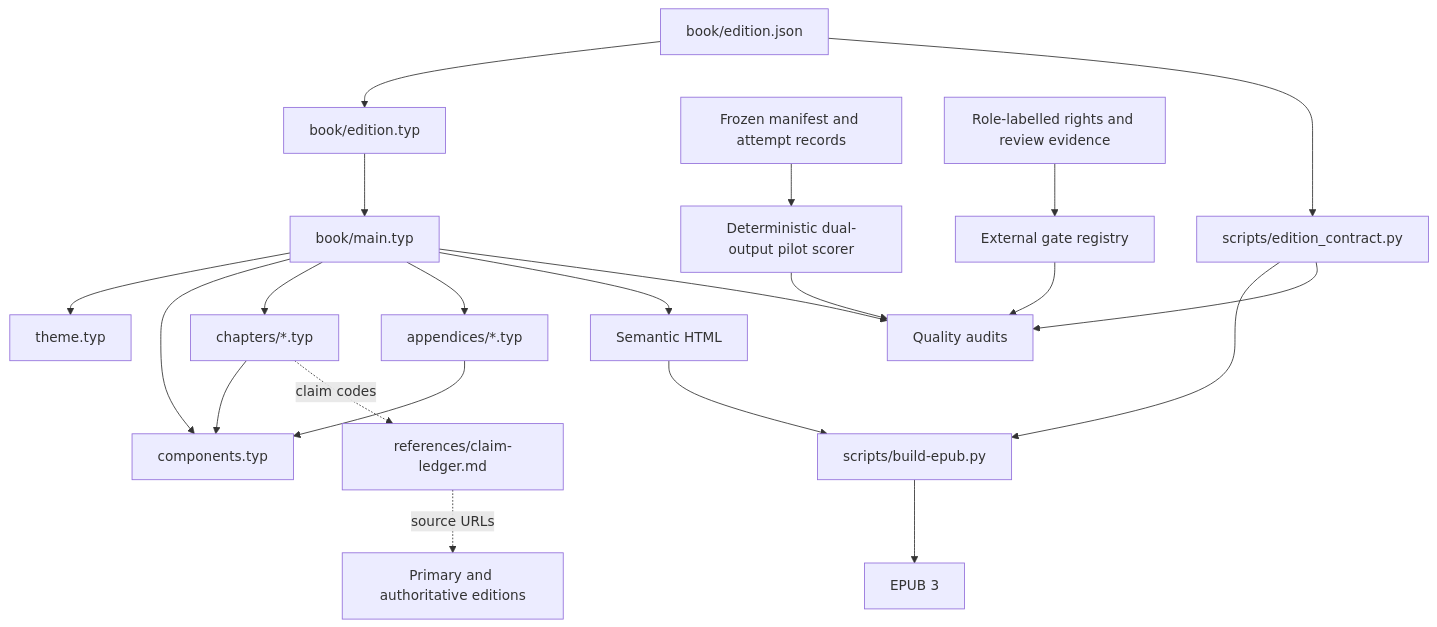
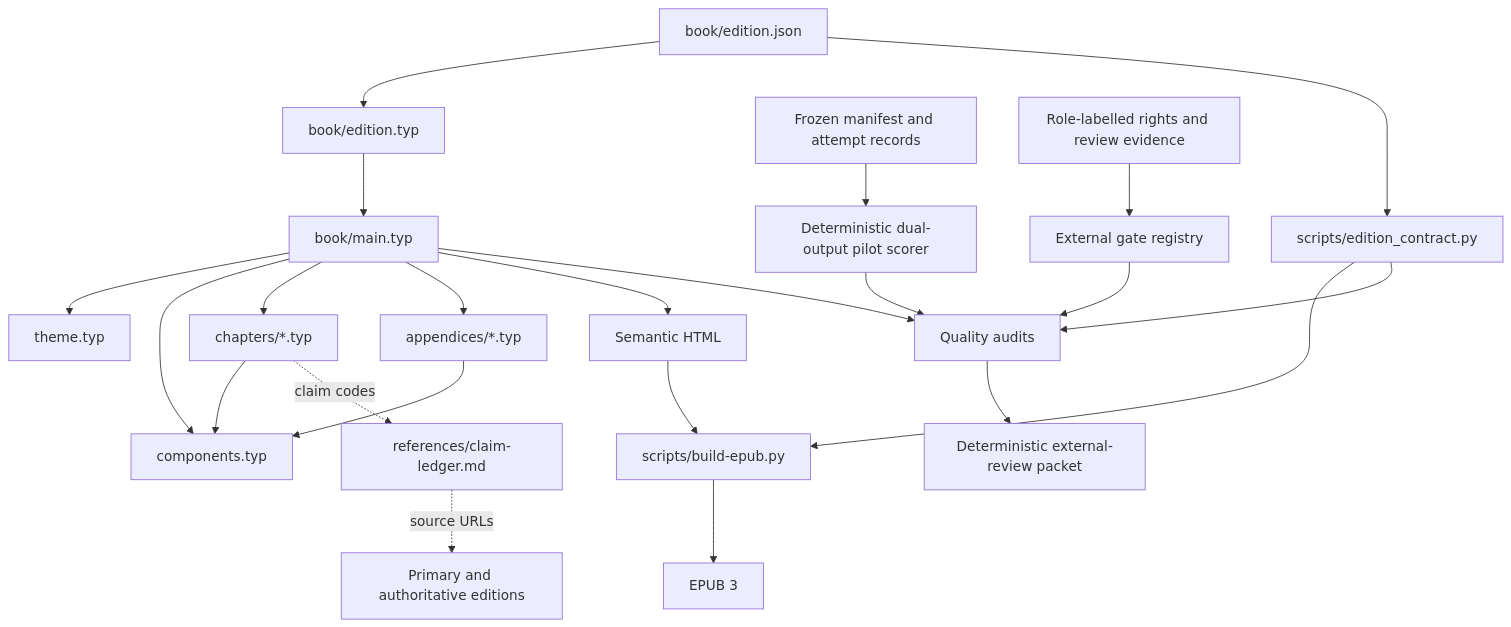
The second of 5 diagrams in AGENTS.md (streamentry/streamentry), drawn with Mermaid before and after one commit. The commit also changed other lines of this file and 15 other files, not shown here.

Commit message:
build: package external review handoff

````diff
--- a/AGENTS.md
+++ b/AGENTS.md
@@ -103,24 +111,25 @@
 ```mermaid
 flowchart TB
   D["book/edition.json"] --> Y["book/edition.typ"]
   D --> Z["scripts/edition_contract.py"]
   Y --> M["book/main.typ"]
   M["book/main.typ"] --> T["theme.typ"]
   M --> C["components.typ"]
   M --> H["chapters/*.typ"]
   M --> A["appendices/*.typ"]
   M --> E["Semantic HTML"]
   E --> P["scripts/build-epub.py"]
   Z --> P
   Z --> Q
   P --> U["EPUB 3"]
   M --> Q["Quality audits"]
   N["Frozen manifest and attempt records"] --> G["Deterministic dual-output pilot scorer"]
   G --> Q
   X["External gate registry"] --> Q
   R["Role-labelled rights and review evidence"] --> X
+  Q --> W["Deterministic external-review packet"]
   H --> C
   A --> C
   H -. "claim codes" .-> L["references/claim-ledger.md"]
   L -. "source URLs" .-> S["Primary and authoritative editions"]
 ```
````
